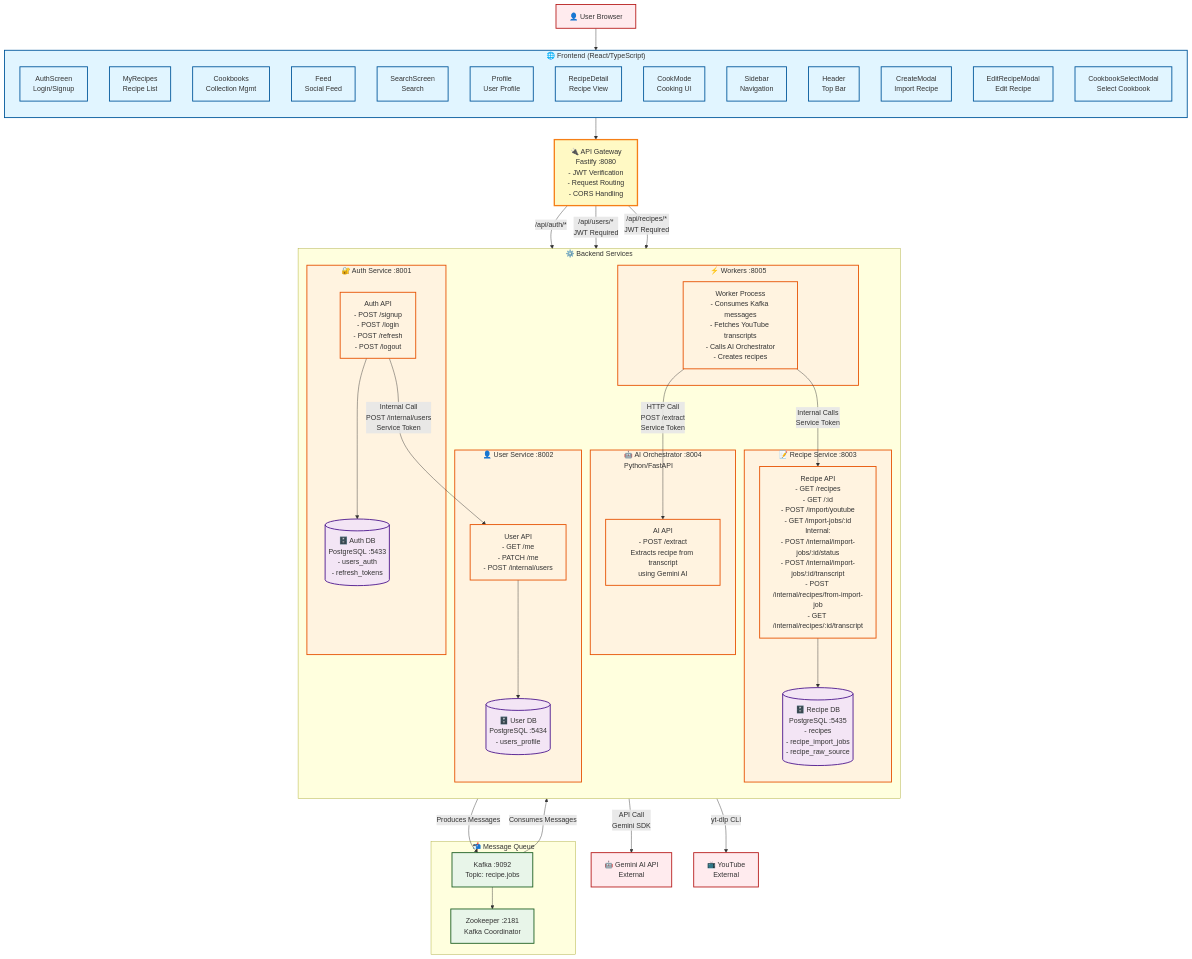
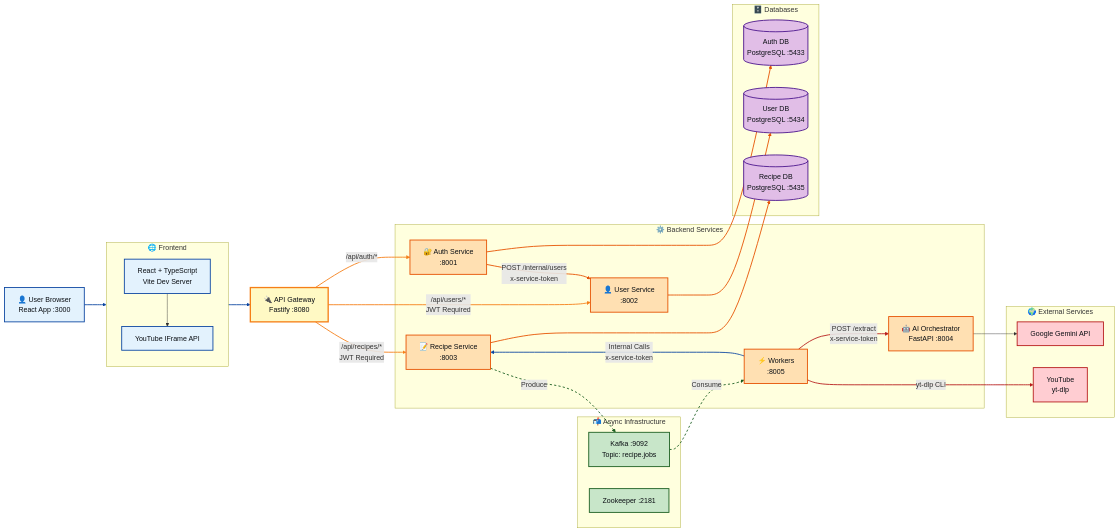
One commit to sharan-s2k/MyCookbook changed the first of 6 diagrams in ARCHITECTURE.md. Above: the diagram before and after it, drawn with Mermaid. The commit also changed other lines of this file, not shown here.

Commit message:
Updating Architecture Documentation

````diff
--- a/ARCHITECTURE.md
+++ b/ARCHITECTURE.md
@@ -5,103 +17,89 @@
 ```mermaid
-graph TB
-    %% External Users and Services
-    User[👤 User Browser]
-    Gemini[🤖 Gemini AI API<br/>External]
-    YouTube[📺 YouTube<br/>External]
+flowchart LR
+    %% High-contrast, readable defaults
+    classDef frontend fill:#E3F2FD,stroke:#0D47A1,stroke-width:2px,color:#0b0f14
+    classDef gateway fill:#FFF9C4,stroke:#F57F17,stroke-width:3px,color:#0b0f14
+    classDef service fill:#FFE0B2,stroke:#E65100,stroke-width:2px,color:#0b0f14
+    classDef database fill:#E1BEE7,stroke:#4A148C,stroke-width:2px,color:#0b0f14
+    classDef async fill:#C8E6C9,stroke:#1B5E20,stroke-width:2px,color:#0b0f14
+    classDef external fill:#FFCDD2,stroke:#B71C1C,stroke-width:2px,color:#0b0f14
 
-    %% Frontend Layer
-    subgraph Frontend["🌐 Frontend (React/TypeScript)"]
-        direction TB
-        AuthScreen[AuthScreen<br/>Login/Signup]
-        MyRecipes[MyRecipes<br/>Recipe List]
-        Cookbooks[Cookbooks<br/>Collection Mgmt]
-        Feed[Feed<br/>Social Feed]
-        Search[SearchScreen<br/>Search]
-        Profile[Profile<br/>User Profile]
-        RecipeDetail[RecipeDetail<br/>Recipe View]
-        CookMode[CookMode<br/>Cooking UI]
-        Sidebar[Sidebar<br/>Navigation]
-        Header[Header<br/>Top Bar]
-        CreateModal[CreateModal<br/>Import Recipe]
-        EditModal[EditRecipeModal<br/>Edit Recipe]
-        CookbookModal[CookbookSelectModal<br/>Select Cookbook]
+    %% Nodes
+    User[👤 User Browser<br/>React App :3000]
+    Gateway[🔌 API Gateway<br/>Fastify :8080]
+
+    subgraph FE["🌐 Frontend"]
+        React[React + TypeScript<br/>Vite Dev Server]
+        YouTubeIframe[YouTube IFrame API]
     end
 
-    %% API Gateway
-    Gateway[🔌 API Gateway<br/>Fastify :8080<br/>- JWT Verification<br/>- Request Routing<br/>- CORS Handling]
-
-    %% Backend Services
-    subgraph BackendServices["⚙️ Backend Services"]
-        direction TB
-        
-        subgraph AuthService["🔐 Auth Service :8001"]
-            AuthAPI[Auth API<br/>- POST /signup<br/>- POST /login<br/>- POST /refresh<br/>- POST /logout]
-            AuthDB[(🗄️ Auth DB<br/>PostgreSQL :5433<br/>- users_auth<br/>- refresh_tokens)]
-            AuthAPI --> AuthDB
-        end
-
-        subgraph UserService["👤 User Service :8002"]
-            UserAPI[User API<br/>- GET /me<br/>- PATCH /me<br/>- POST /internal/users]
-            UserDB[(🗄️ User DB<br/>PostgreSQL :5434<br/>- users_profile)]
-            UserAPI --> UserDB
-        end
-
-        subgraph RecipeService["📝 Recipe Service :8003"]
-            RecipeAPI[Recipe API<br/>- GET /recipes<br/>- GET /:id<br/>- POST /import/youtube<br/>- GET /import-jobs/:id<br/>Internal:<br/>- POST /internal/import-jobs/:id/status<br/>- POST /internal/import-jobs/:id/transcript<br/>- POST /internal/recipes/from-import-job<br/>- GET /internal/recipes/:id/transcript]
-            RecipeDB[(🗄️ Recipe DB<br/>PostgreSQL :5435<br/>- recipes<br/>- recipe_import_jobs<br/>- recipe_raw_source)]
-            RecipeAPI --> RecipeDB
-        end
-
-        subgraph AIService["🤖 AI Orchestrator :8004<br/>Python/FastAPI"]
-            AIAPI[AI API<br/>- POST /extract<br/>Extracts recipe from transcript<br/>using Gemini AI]
-        end
-
-        subgraph WorkerService["⚡ Workers :8005"]
-            Worker[Worker Process<br/>- Consumes Kafka messages<br/>- Fetches YouTube transcripts<br/>- Calls AI Orchestrator<br/>- Creates recipes]
-        end
+    subgraph Services["⚙️ Backend Services"]
+        Auth[🔐 Auth Service<br/>:8001]
+        UserSvc[👤 User Service<br/>:8002]
+        Recipe[📝 Recipe Service<br/>:8003]
+        AI[🤖 AI Orchestrator<br/>FastAPI :8004]
+        Worker[⚡ Workers<br/>:8005]
     end
 
-    %% Message Queue
-    subgraph MessageQueue["📬 Message Queue"]
+    subgraph Async["📬 Async Infrastructure"]
         Kafka[Kafka :9092<br/>Topic: recipe.jobs]
-        Zookeeper[Zookeeper :2181<br/>Kafka Coordinator]
-        Kafka --> Zookeeper
+        Zookeeper[Zookeeper :2181]
     end
 
-    %% Frontend to Gateway
-    User --> Frontend
-    Frontend --> Gateway
+    subgraph DBs["🗄️ Databases"]
+        AuthDB[(Auth DB<br/>PostgreSQL :5433)]
+        UserDB[(User DB<br/>PostgreSQL :5434)]
+        RecipeDB[(Recipe DB<br/>PostgreSQL :5435)]
+    end
 
-    %% Gateway to Services
-    Gateway -->|/api/auth/*| AuthAPI
-    Gateway -->|/api/users/*<br/>JWT Required| UserAPI
-    Gateway -->|/api/recipes/*<br/>JWT Required| RecipeAPI
+    subgraph External["🌍 External Services"]
+        Gemini[Google Gemini API]
+        YouTube[YouTube<br/>yt-dlp]
+    end
 
-    %% Auth Service to User Service
-    AuthAPI -->|Internal Call<br/>POST /internal/users<br/>Service Token| UserAPI
+    %% Flows
+    User --> FE
+    FE --> Gateway
+    Gateway -->|/api/auth/*| Auth
+    Gateway -->|/api/users/*<br/>JWT Required| UserSvc
+    Gateway -->|/api/recipes/*<br/>JWT Required| Recipe
 
-    %% Recipe Import Flow
-    RecipeAPI -->|Produces Messages| Kafka
-    Kafka -->|Consumes Messages| Worker
-    Worker -->|HTTP Call<br/>POST /extract<br/>Service Token| AIAPI
-    Worker -->|Internal Calls<br/>Service Token| RecipeAPI
+    Auth --> AuthDB
+    Auth -->|POST /internal/users<br/>x-service-token| UserSvc
+    UserSvc --> UserDB
+
+    Recipe --> RecipeDB
+    Recipe -->|Produce| Kafka
+    Kafka -->|Consume| Worker
     Worker -->|yt-dlp CLI| YouTube
+    Worker -->|POST /extract<br/>x-service-token| AI
+    Worker -->|Internal Calls<br/>x-service-token| Recipe
+    AI --> Gemini
 
-    %% AI Orchestrator to Gemini
-    AIAPI -->|API Call<br/>Gemini SDK| Gemini
+    React --> YouTubeIframe
 
-    %% Styling
-    classDef frontend fill:#e1f5ff,stroke:#01579b,stroke-width:2px
-    classDef backend fill:#fff3e0,stroke:#e65100,stroke-width:2px
-    classDef database fill:#f3e5f5,stroke:#4a148c,stroke-width:2px
-    classDef queue fill:#e8f5e9,stroke:#1b5e20,stroke-width:2px
-    classDef external fill:#ffebee,stroke:#b71c1c,stroke-width:2px
-    classDef gateway fill:#fff9c4,stroke:#f57f17,stroke-width:3px
+    %% Styling (ONLY real nodes)
+    class User,React,YouTubeIframe frontend
+    class Gateway gateway
+    class Auth,UserSvc,Recipe,AI,Worker service
+    class AuthDB,UserDB,RecipeDB database
+    class Kafka,Zookeeper async
+    class Gemini,YouTube external
 
-    class Frontend,AuthScreen,MyRecipes,Cookbooks,Feed,Search,Profile,RecipeDetail,CookMode,Sidebar,Header,CreateModal,EditModal,CookbookModal frontend
-    class AuthService,UserService,RecipeService,AIService,WorkerService,AuthAPI,UserAPI,RecipeAPI,AIAPI,Worker backend
-    class AuthDB,UserDB,RecipeDB database
-    class Kafka,Zookeeper queue
-    class User,Gemini,YouTube external
-    class Gateway gateway
+    %% Link styling (kept from yours)
+    linkStyle 0 stroke:#0D47A1,stroke-width:2px
+    linkStyle 1 stroke:#0D47A1,stroke-width:2px
+    linkStyle 2 stroke:#F57F17,stroke-width:2px
+    linkStyle 3 stroke:#F57F17,stroke-width:2px
+    linkStyle 4 stroke:#F57F17,stroke-width:2px
+    linkStyle 5 stroke:#E65100,stroke-width:2px
+    linkStyle 6 stroke:#E65100,stroke-width:2px
+    linkStyle 7 stroke:#E65100,stroke-width:2px
+    linkStyle 8 stroke:#E65100,stroke-width:2px
+    linkStyle 9 stroke:#1B5E20,stroke-width:2px,stroke-dasharray: 5 5
+    linkStyle 10 stroke:#1B5E20,stroke-width:2px,stroke-dasharray: 5 5
+    linkStyle 11 stroke:#B71C1C,stroke-width:2px
+    linkStyle 12 stroke:#B71C1C,stroke-width:2px
+    linkStyle 13 stroke:#0D47A1,stroke-width:2px
+
 ```
````
